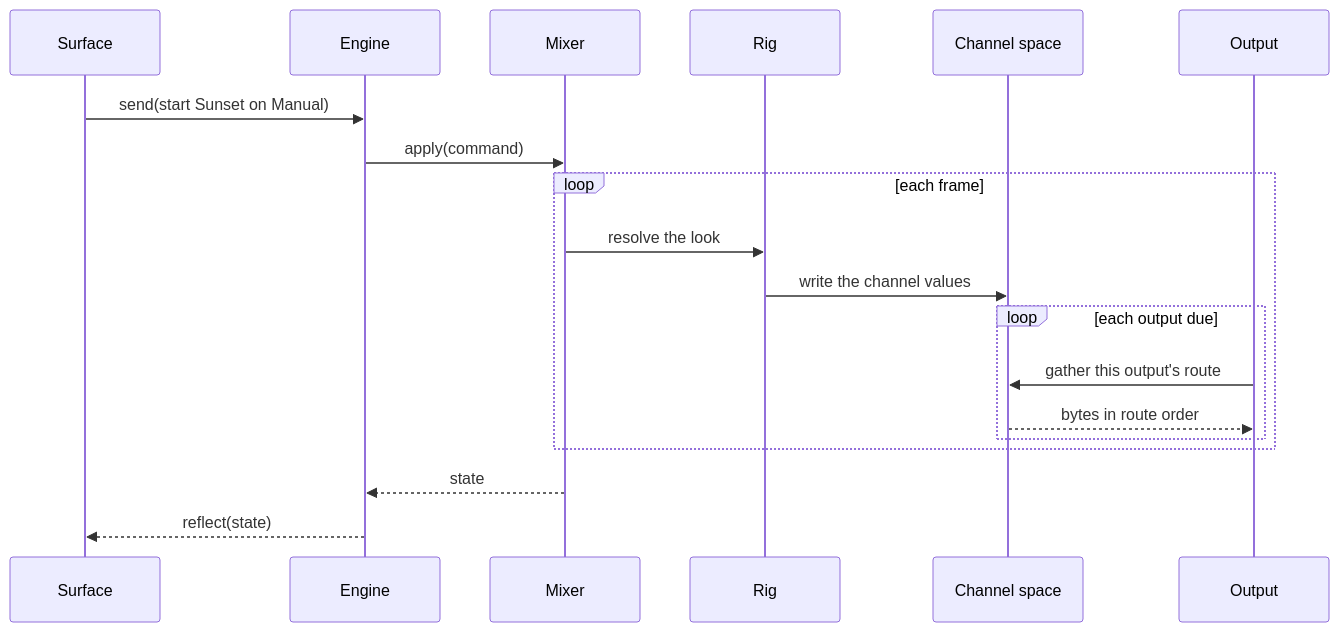
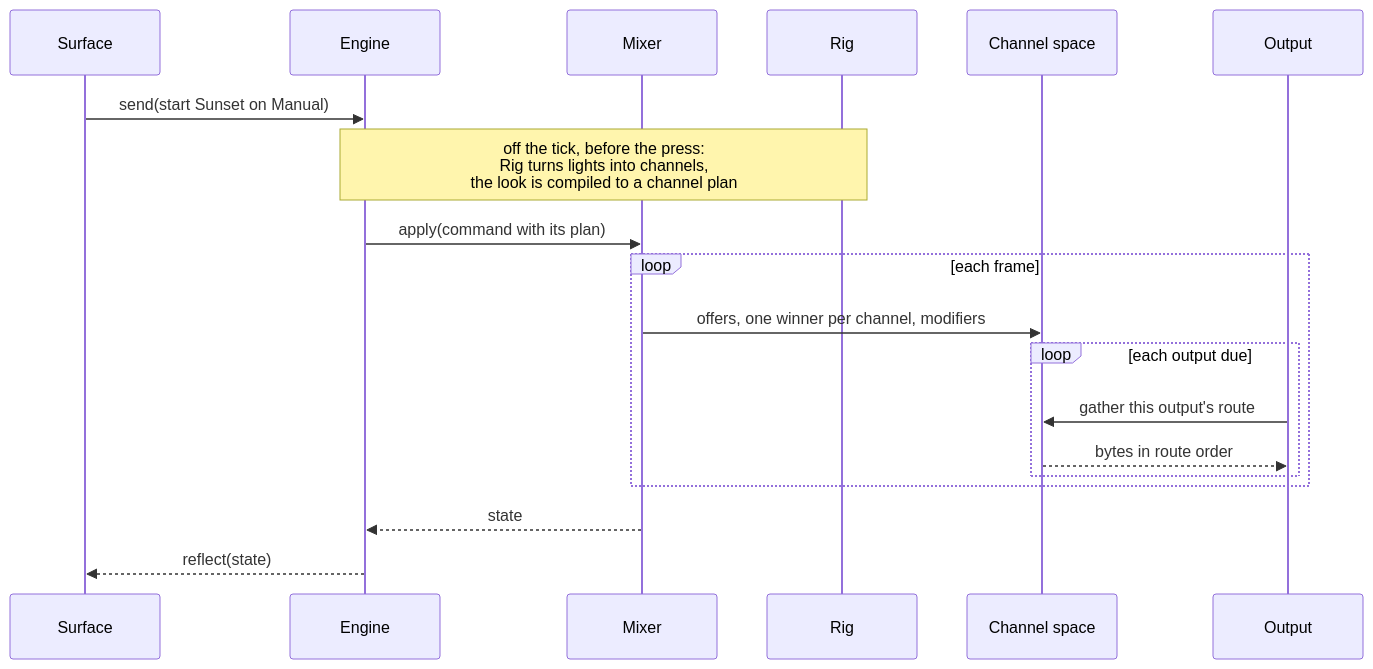
One commit to abossard/bossylights changed the fourth of 5 diagrams in docs/design/modules.md. Above: the diagram before and after it, drawn with Mermaid. The commit also changed other lines of this file and 17 other files, not shown here.

First line of the commit message:
Theory on channels (#147): one current theory, idea 2 is Channels, not lights

````diff
--- a/docs/design/modules.md
+++ b/docs/design/modules.md
@@ -123,21 +134,21 @@
 ```mermaid
 sequenceDiagram
   participant S as Surface
   participant D as Engine
   participant M as Mixer
   participant R as Rig
   participant C as Channel space
   participant O as Output
   S->>D: send(start Sunset on Manual)
-  D->>M: apply(command)
+  Note over D,R: off the tick, before the press:<br/>Rig turns lights into channels,<br/>the look is compiled to a channel plan
+  D->>M: apply(command with its plan)
   loop each frame
-    M->>R: resolve the look
-    R->>C: write the channel values
+    M->>C: offers, one winner per channel, modifiers
     loop each output due
       O->>C: gather this output's route
       C-->>O: bytes in route order
     end
   end
   M-->>D: state
   D-->>S: reflect(state)
 ```
````
